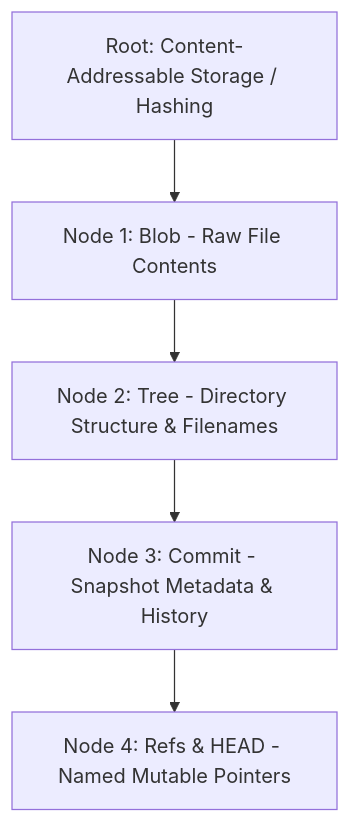
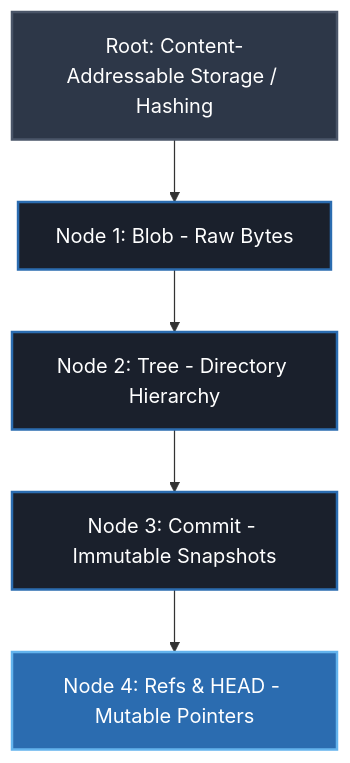
Before and after one commit to Chandrasen74/obsidian-hermes: the first of 4 diagrams in 01-Projects/Learn/Lessons/Git-Internals-Blobs-Trees-Commits.md, drawn with Mermaid. The commit also changed other lines of this file, not shown here.

Commit message:
feat(learn): enhance lesson with rich flowcharts, flashcards, and vault links

````diff
--- a/01-Projects/Learn/Lessons/Git-Internals-Blobs-Trees-Commits.md
+++ b/01-Projects/Learn/Lessons/Git-Internals-Blobs-Trees-Commits.md
@@ -11,7 +12,11 @@
 ```mermaid
 graph TD
-    A[Root: Content-Addressable Storage / Hashing] --> B[Node 1: Blob - Raw File Contents]
-    B --> C[Node 2: Tree - Directory Structure & Filenames]
-    C --> D[Node 3: Commit - Snapshot Metadata & History]
-    D --> E[Node 4: Refs & HEAD - Named Mutable Pointers]
+    classDef root fill:#2d3748,stroke:#4a5568,stroke-width:2px,color:#fff;
+    classDef node fill:#1a202c,stroke:#2b6cb0,stroke-width:2px,color:#fff;
+    classDef target fill:#2b6cb0,stroke:#63b3ed,stroke-width:2px,color:#fff;
+
+    A[Root: Content-Addressable Storage / Hashing]:::root --> B[Node 1: Blob - Raw Bytes]:::node
+    B --> C[Node 2: Tree - Directory Hierarchy]:::node
+    C --> D[Node 3: Commit - Immutable Snapshots]:::node
+    D --> E[Node 4: Refs & HEAD - Mutable Pointers]:::target
 ```
````
